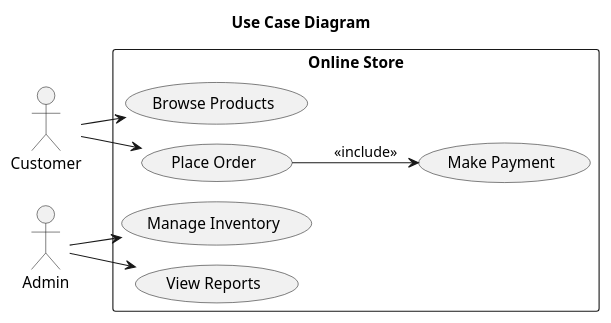
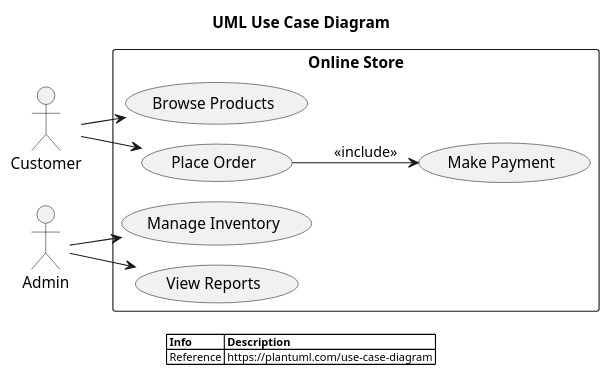
Before and after one commit to diosaraiva/plantuml-gui: the diagram in plantuml-gui-java/src/main/resources/plantuml/samples/uml_usecase.puml, drawn with PlantUML. The commit also changed 27 other files, not shown here.

```diff
--- a/plantuml-gui-java/src/main/resources/plantuml/samples/uml_usecase.puml
+++ b/plantuml-gui-java/src/main/resources/plantuml/samples/uml_usecase.puml
@@ -1,24 +1,37 @@
 @startuml
 !pragma layout smetana
 
-title Use Case Diagram
+title UML Use Case Diagram
+
+' ---- Customizations ----
+skinparam legendBackgroundColor #white
+skinparam legendBorderColor #white
+skinparam legendFontSize 10
 
 left to right direction
 
+' ---- Elements ----
 actor Customer
 actor Admin
 
 rectangle "Online Store" {
   usecase "Browse Products" as UC1
   usecase "Place Order" as UC2
   usecase "Make Payment" as UC3
   usecase "Manage Inventory" as UC4
   usecase "View Reports" as UC5
 }
 
+' ---- Relations ----
 Customer --> UC1
 Customer --> UC2
 UC2 --> UC3 : <<include>>
 Admin --> UC4
 Admin --> UC5
+
+legend
+|= Info |= Description |
+| Reference | https://plantuml.com/use-case-diagram |
+endlegend
+
 @enduml
```
